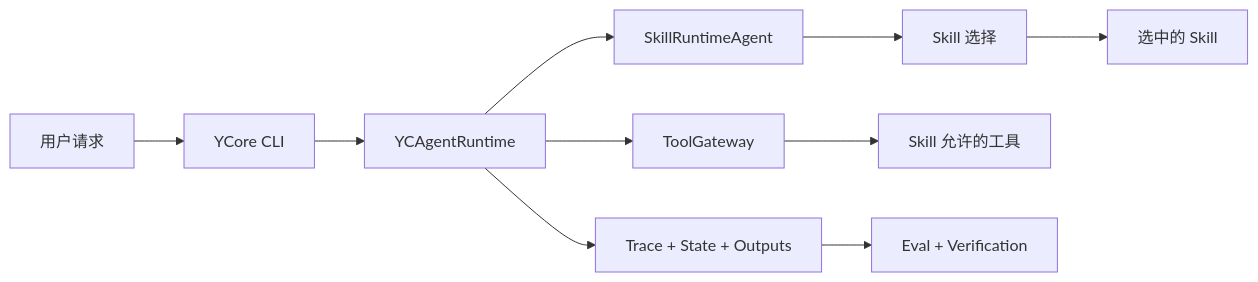
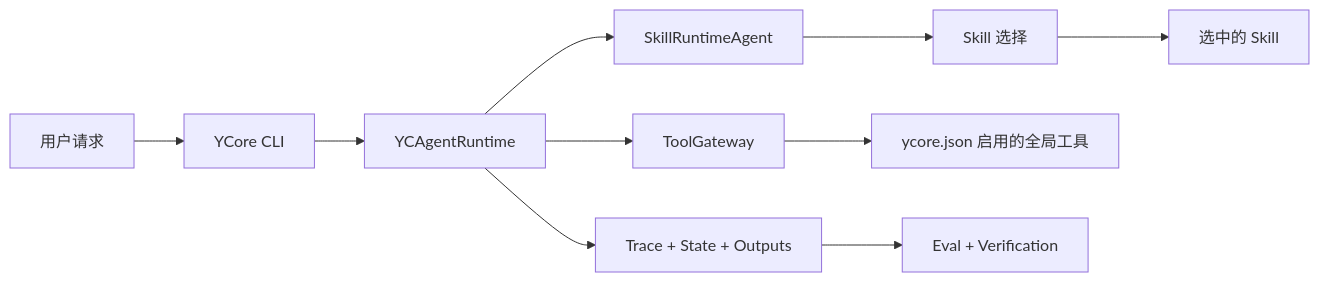
Before and after one commit to rouchuan123/yc-agents: the diagram in README.md, drawn with Mermaid. The commit also changed other lines of this file and 50 other files, not shown here.

````diff
--- a/README.md
+++ b/README.md
@@ -157,12 +158,12 @@
 ```mermaid
 flowchart LR
     User["用户请求"] --> CLI["YCore CLI"]
     CLI --> Runtime["YCAgentRuntime"]
     Runtime --> Agent["SkillRuntimeAgent"]
     Agent --> Selector["Skill 选择"]
     Selector --> Skill["选中的 Skill"]
     Runtime --> Gateway["ToolGateway"]
-    Gateway --> Tools["Skill 允许的工具"]
+    Gateway --> Tools["ycore.json 启用的全局工具"]
     Runtime --> Trace["Trace + State + Outputs"]
     Trace --> Eval["Eval + Verification"]
 ```
````
